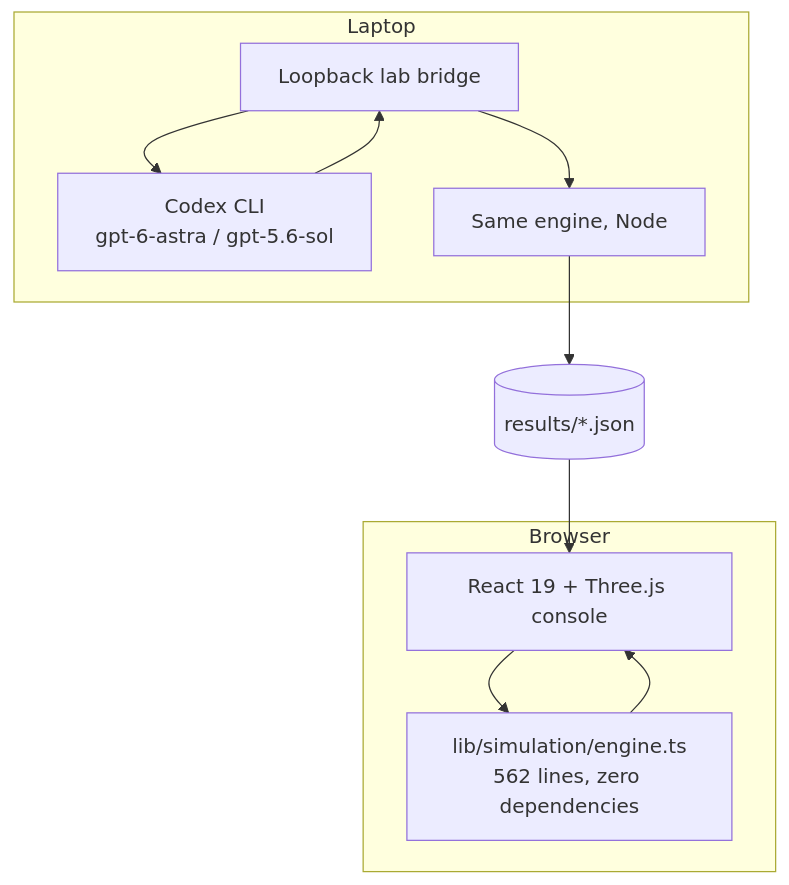
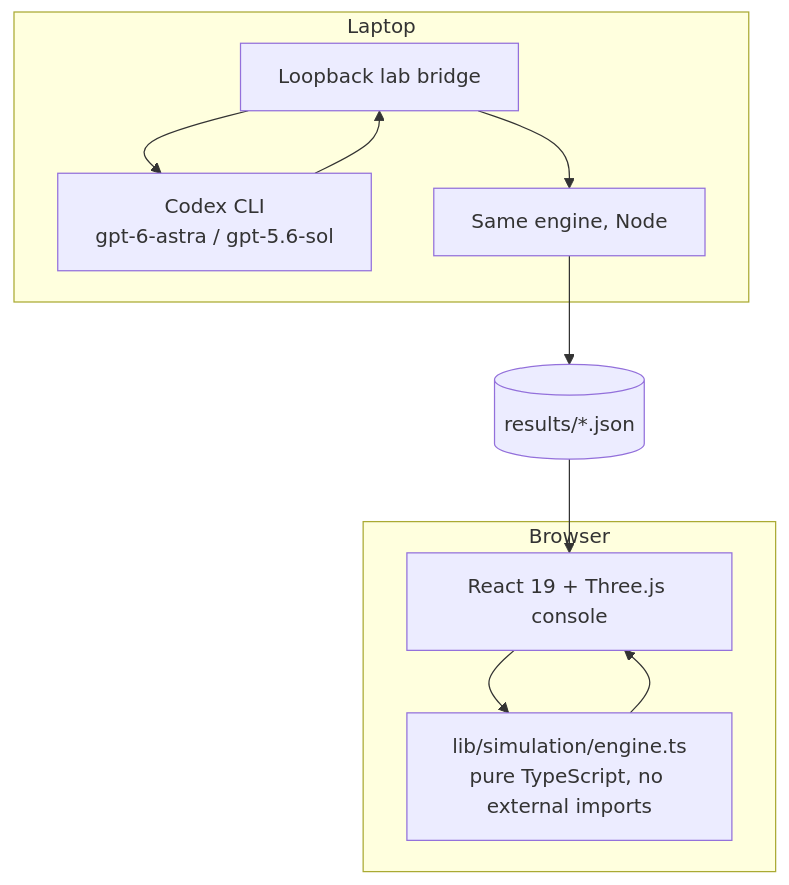
One commit to vnmoorthy/starbound changed the second of 2 diagrams in README.md. Above: the diagram before and after it, drawn with Mermaid. The commit also changed other lines of this file and 8 other files, not shown here.

````diff
--- a/README.md
+++ b/README.md
@@ -146,14 +146,14 @@
 ```mermaid
 flowchart TB
   subgraph Browser
     UI[React 19 + Three.js console] --> Engine
-    Engine[lib/simulation/engine.ts<br/>562 lines, zero dependencies] --> UI
+    Engine[lib/simulation/engine.ts<br/>pure TypeScript, no external imports] --> UI
   end
   subgraph Laptop
     Lab[Loopback lab bridge] --> Codex[Codex CLI<br/>gpt-6-astra / gpt-5.6-sol]
     Codex --> Lab
     Lab --> Engine2[Same engine, Node]
   end
   Engine2 --> Results[(results/*.json)]
   Results --> UI
 ```
````
